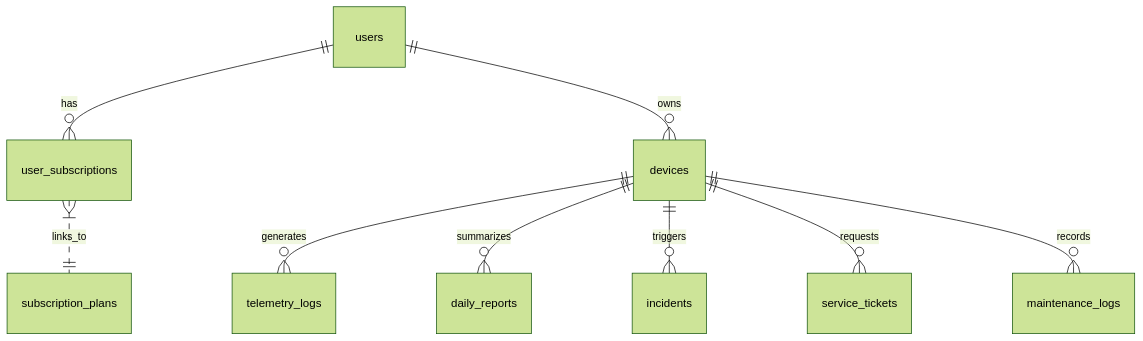
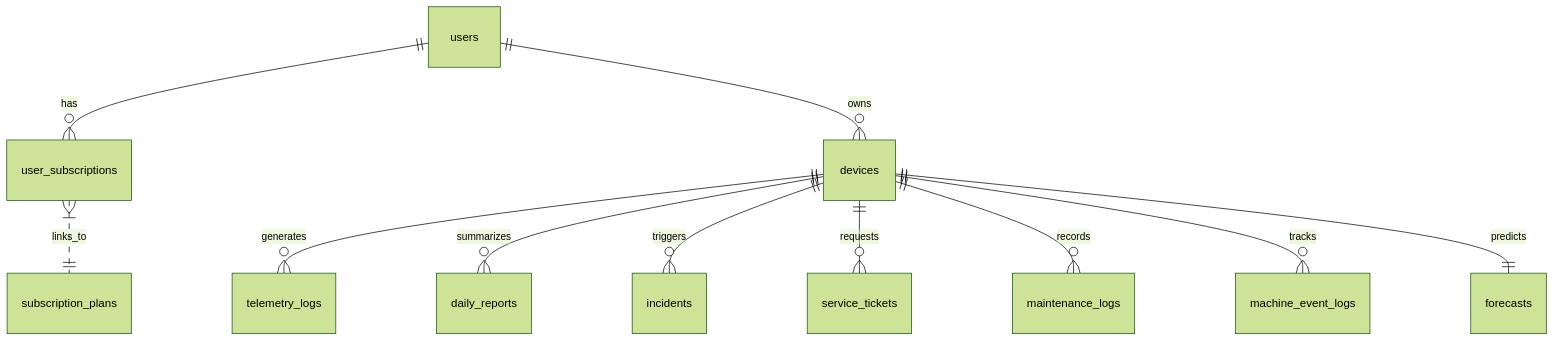
Before and after one commit to kimjuyoung1127/signalcraftWebApp: the diagram in docs/schema.md, drawn with Mermaid (forest theme). The commit also changed other lines of this file and 25 other files, not shown here.

````diff
--- a/docs/schema.md
+++ b/docs/schema.md
@@ -16,11 +16,13 @@
 ```mermaid
 erDiagram
     users ||--o{ user_subscriptions : has
     user_subscriptions }|..|| subscription_plans : links_to
     users ||--o{ devices : owns
     devices ||--o{ telemetry_logs : generates
     devices ||--o{ daily_reports : summarizes
     devices ||--o{ incidents : triggers
     devices ||--o{ service_tickets : requests
     devices ||--o{ maintenance_logs : records
+    devices ||--o{ machine_event_logs : tracks
+    devices ||--|| forecasts : predicts
 ```
````
